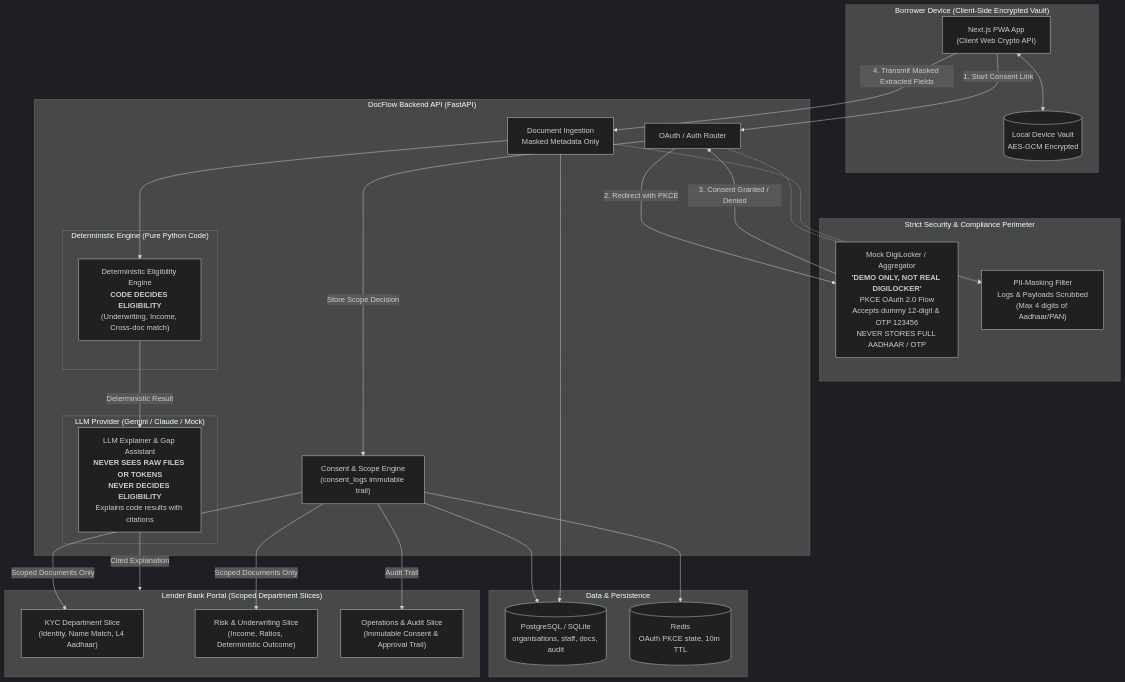
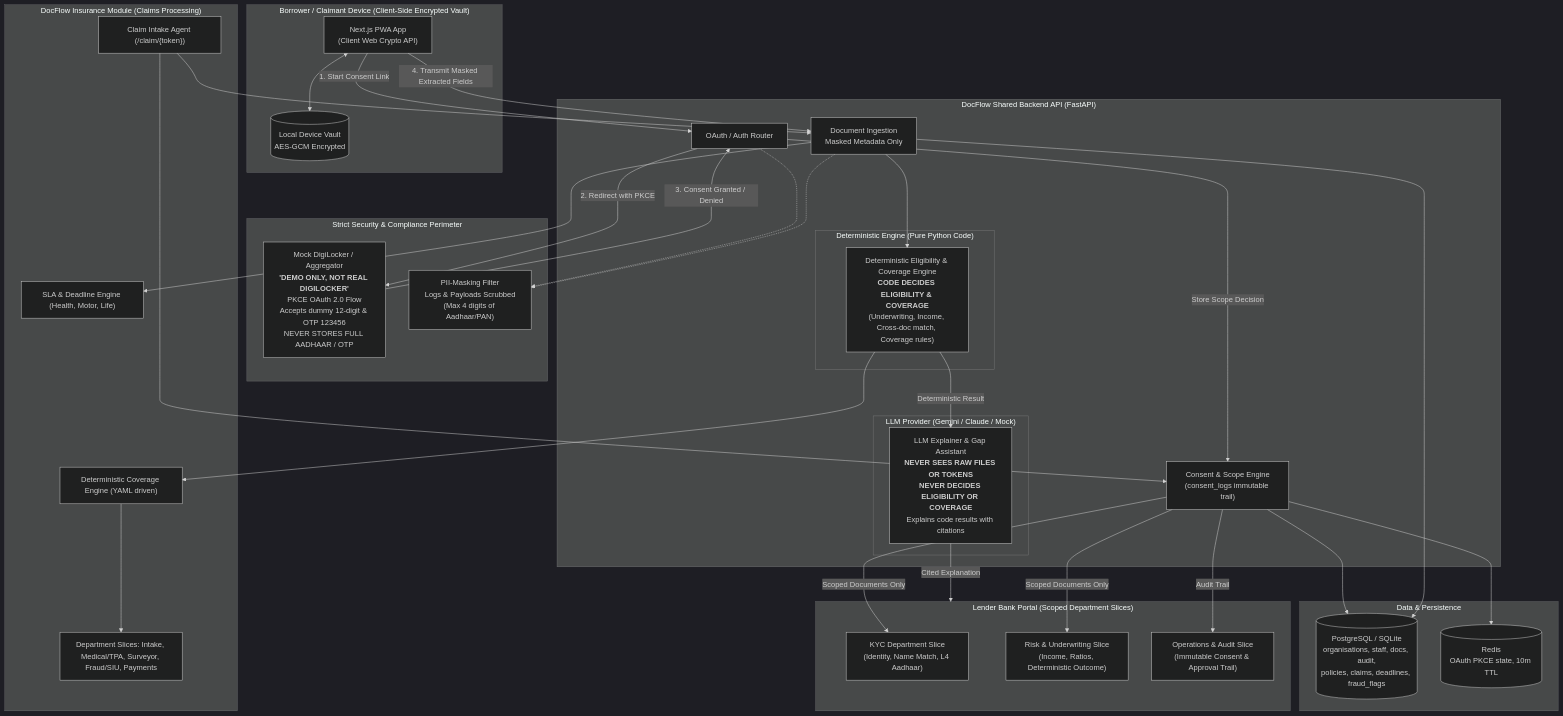
Before and after one commit to annujjguptaa-cpu/EasyDigi: the diagram in docs/architecture.md, drawn with Mermaid (dark theme). The commit also changed other lines of this file and 38 other files, not shown here.

Commit message:
feat(insurance): implement Prompt 1 - claim domain models, claim types YAML, and seed data for 5 scenarios

````diff
--- a/docs/architecture.md
+++ b/docs/architecture.md
@@ -3,59 +3,73 @@
 ```mermaid
 flowchart TD
-    subgraph Borrower["Borrower Device (Client-Side Encrypted Vault)"]
+    subgraph Borrower["Borrower / Claimant Device (Client-Side Encrypted Vault)"]
         PWA["Next.js PWA App<br/>(Client Web Crypto API)"]
         Vault[("Local Device Vault<br/>AES-GCM Encrypted")]
         PWA <--> Vault
     end
 
     subgraph SecurityBoundary["Strict Security & Compliance Perimeter"]
         MockDL["Mock DigiLocker / Aggregator<br/><b>'DEMO ONLY, NOT REAL DIGILOCKER'</b><br/>PKCE OAuth 2.0 Flow<br/>Accepts dummy 12-digit & OTP 123456<br/>NEVER STORES FULL AADHAAR / OTP"]
         Filter["PII-Masking Filter<br/>Logs & Payloads Scrubbed<br/>(Max 4 digits of Aadhaar/PAN)"]
     end
 
-    subgraph BackendAPI["DocFlow Backend API (FastAPI)"]
+    subgraph BackendAPI["DocFlow Shared Backend API (FastAPI)"]
         AuthRouter["OAuth / Auth Router"]
         ConsentEngine["Consent & Scope Engine<br/>(consent_logs immutable trail)"]
         DocService["Document Ingestion<br/>Masked Metadata Only"]
         
         subgraph DeterministicEngine["Deterministic Engine (Pure Python Code)"]
-            Rules["Deterministic Eligibility Engine<br/><b>CODE DECIDES ELIGIBILITY</b><br/>(Underwriting, Income, Cross-doc match)"]
+            Rules["Deterministic Eligibility & Coverage Engine<br/><b>CODE DECIDES ELIGIBILITY & COVERAGE</b><br/>(Underwriting, Income, Cross-doc match, Coverage rules)"]
         end
 
         subgraph LLMBoundary["LLM Provider (Gemini / Claude / Mock)"]
-            LLM["LLM Explainer & Gap Assistant<br/><b>NEVER SEES RAW FILES OR TOKENS</b><br/><b>NEVER DECIDES ELIGIBILITY</b><br/>Explains code results with citations"]
+            LLM["LLM Explainer & Gap Assistant<br/><b>NEVER SEES RAW FILES OR TOKENS</b><br/><b>NEVER DECIDES ELIGIBILITY OR COVERAGE</b><br/>Explains code results with citations"]
         end
     end
 
     subgraph StorageLayer["Data & Persistence"]
-        DB[(PostgreSQL / SQLite<br/>organisations, staff, docs, audit)]
+        DB[(PostgreSQL / SQLite<br/>organisations, staff, docs, audit,<br/>policies, claims, deadlines, fraud_flags)]
         RedisCache[(Redis<br/>OAuth PKCE state, 10m TTL)]
     end
 
     subgraph BankPortals["Lender Bank Portal (Scoped Department Slices)"]
         KYCView["KYC Department Slice<br/>(Identity, Name Match, L4 Aadhaar)"]
         RiskView["Risk & Underwriting Slice<br/>(Income, Ratios, Deterministic Outcome)"]
         OpsView["Operations & Audit Slice<br/>(Immutable Consent & Approval Trail)"]
+    end
+
+    subgraph InsuranceModule["DocFlow Insurance Module (Claims Processing)"]
+        Intake["Claim Intake Agent (/claim/{token})"]
+        CoverageCalc["Deterministic Coverage Engine (YAML driven)"]
+        Deadlines["SLA & Deadline Engine (Health, Motor, Life)"]
+        InsDepts["Department Slices: Intake, Medical/TPA, Surveyor, Fraud/SIU, Payments"]
     end
 
     %% Flows
     PWA -- 1. Start Consent Link --> AuthRouter
     AuthRouter -- 2. Redirect with PKCE --> MockDL
     MockDL -- 3. Consent Granted / Denied --> AuthRouter
     AuthRouter -- Store Scope Decision --> ConsentEngine
     ConsentEngine --> DB
     ConsentEngine --> RedisCache
 
     PWA -- 4. Transmit Masked Extracted Fields --> DocService
     DocService --> DB
     
     DocService --> Rules
     Rules -- Deterministic Result --> LLM
     LLM -- Cited Explanation --> BankPortals
 
     ConsentEngine -- Scoped Documents Only --> KYCView
     ConsentEngine -- Scoped Documents Only --> RiskView
     ConsentEngine -- Audit Trail --> OpsView
 
     AuthRouter & DocService -.-> Filter
+
+    %% Insurance Flows
+    Intake --> ConsentEngine
+    Intake --> DocService
+    Rules --> CoverageCalc
+    DocService --> Deadlines
+    CoverageCalc --> InsDepts
 ```
````
